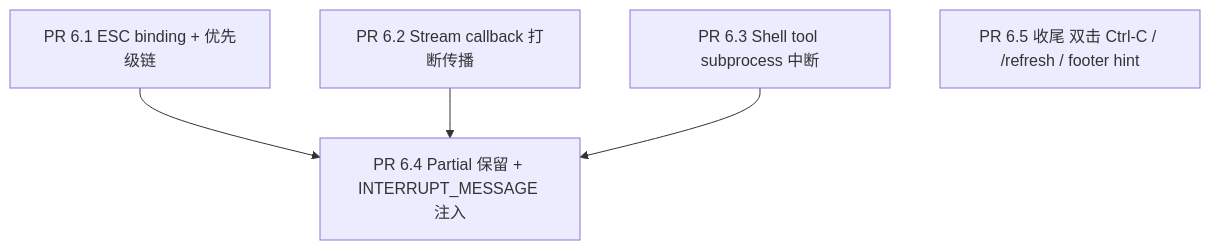
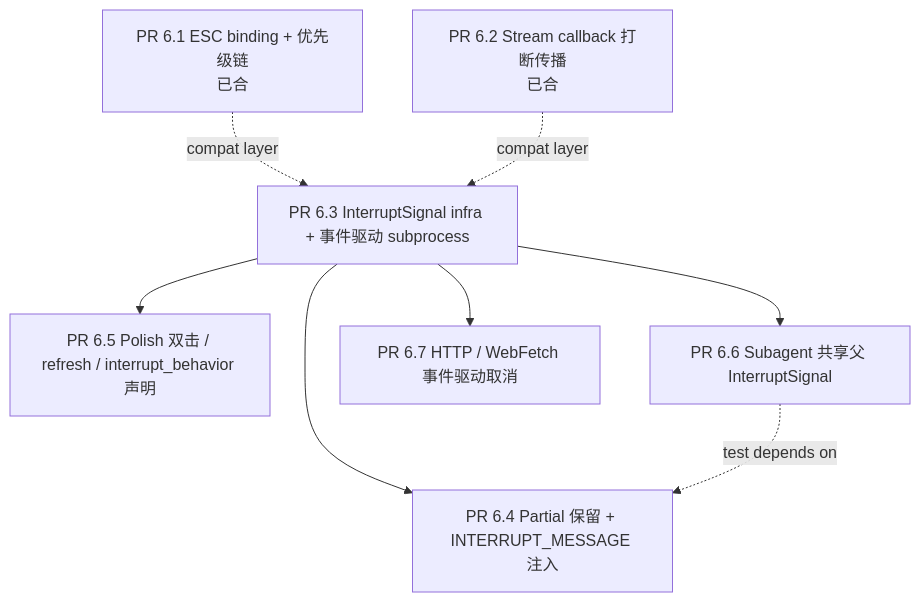
The diagram in docs/sprint-6-interrupt-overhaul/00_overview.md (ColarDriver/Aether), drawn with Mermaid before and after one commit. The commit also changed other lines of this file and 31 other files, not shown here.

````diff
--- a/docs/sprint-6-interrupt-overhaul/00_overview.md
+++ b/docs/sprint-6-interrupt-overhaul/00_overview.md
@@ -31,12 +99,18 @@
 ```mermaid
 graph TD
-    PR61[PR 6.1 ESC binding + 优先级链]
-    PR62[PR 6.2 Stream callback 打断传播]
-    PR63[PR 6.3 Shell tool subprocess 中断]
+    PR61[PR 6.1 ESC binding + 优先级链<br/>已合]
+    PR62[PR 6.2 Stream callback 打断传播<br/>已合]
+    PR63[PR 6.3 InterruptSignal infra + 事件驱动 subprocess]
     PR64[PR 6.4 Partial 保留 + INTERRUPT_MESSAGE 注入]
-    PR65[PR 6.5 收尾 双击 Ctrl-C / /refresh / footer hint]
+    PR65[PR 6.5 Polish 双击 / refresh / interrupt_behavior 声明]
+    PR66[PR 6.6 Subagent 共享父 InterruptSignal]
+    PR67[PR 6.7 HTTP / WebFetch 事件驱动取消]
 
-    PR61 --> PR64
-    PR62 --> PR64
+    PR61 -.compat layer.-> PR63
+    PR62 -.compat layer.-> PR63
     PR63 --> PR64
+    PR63 --> PR65
+    PR63 --> PR66
+    PR63 --> PR67
+    PR66 -.test depends on.-> PR64
 ```
````
